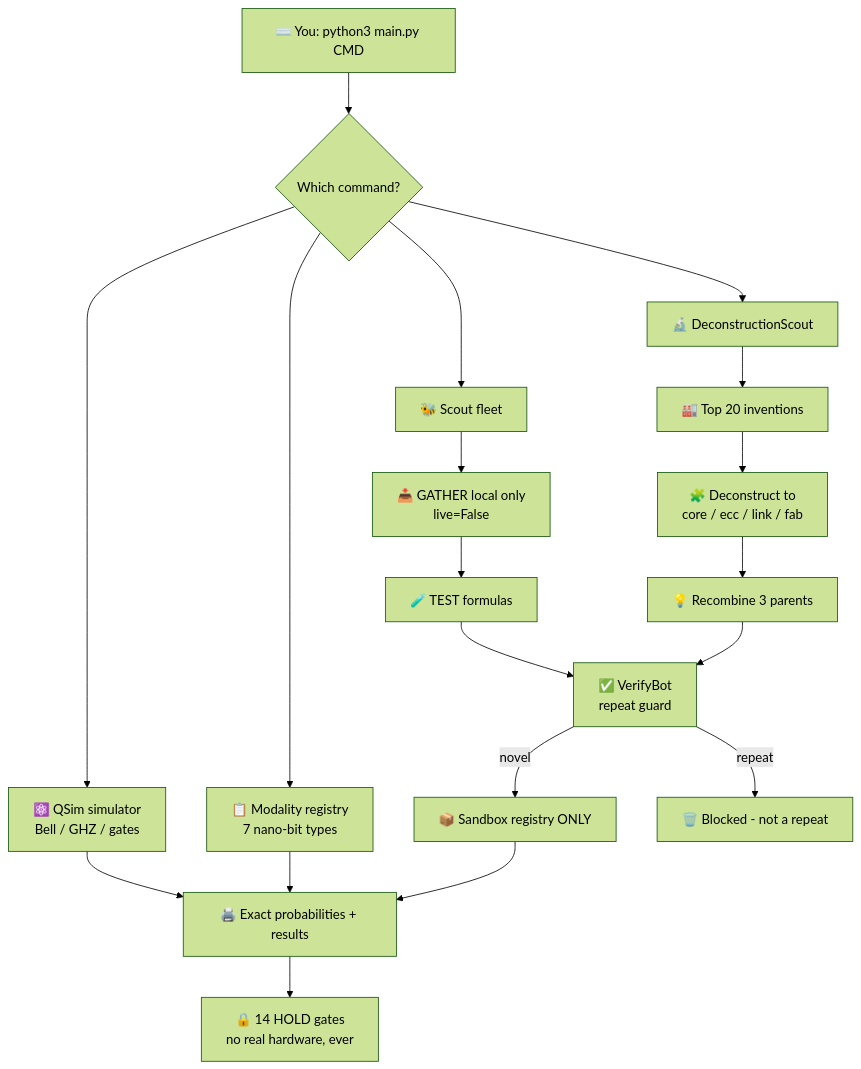
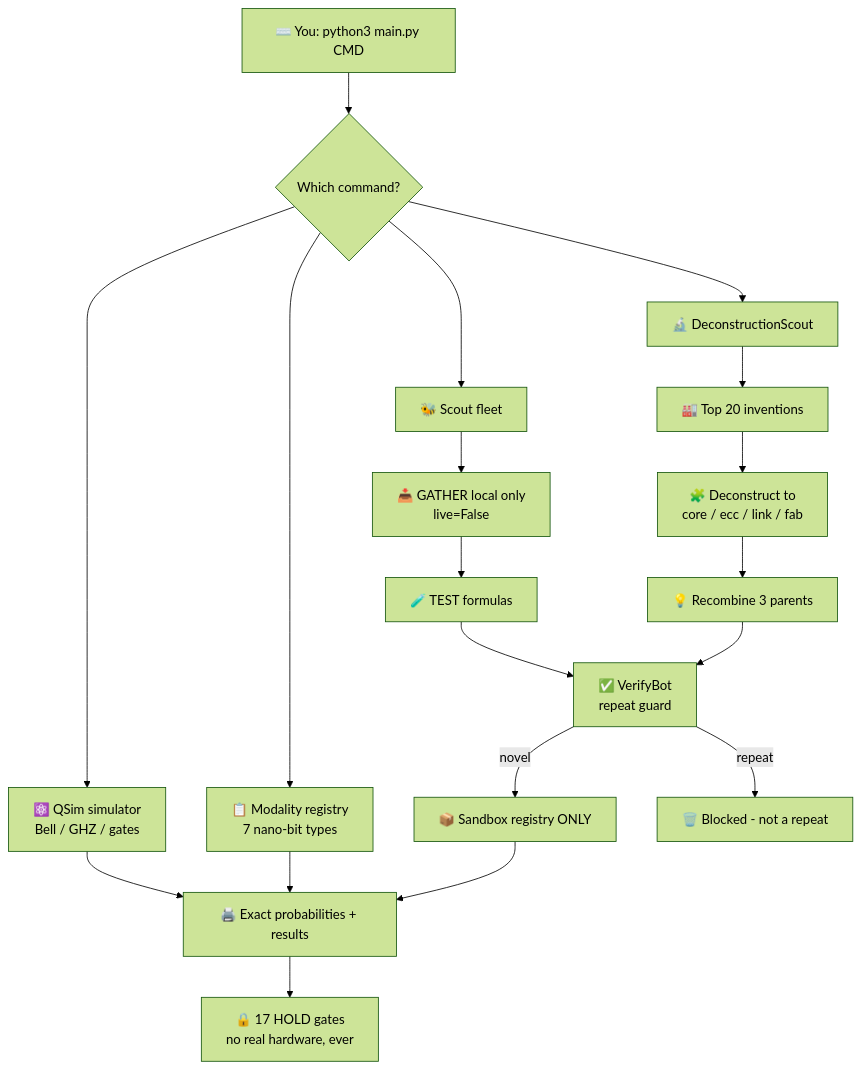
One commit to kimanicollier44-cmyk/NanoBits-Q changed the first of 7 diagrams in README.md. Above: the diagram before and after it, drawn with Mermaid (forest theme). The commit also changed other lines of this file and 2 other files, not shown here.

Commit message:
Merge Gemini Argon 4 Extended Thinking (Carbon 4 decider) + Google Flow (4 flows plan-only); HOLD gates 17

````diff
--- a/README.md
+++ b/README.md
@@ -237,21 +245,21 @@
 ```mermaid
 flowchart TD
     A["⌨️ You: python3 main.py CMD"] --> B{"Which command?"}
     B --> C["⚛️ QSim simulator<br/>Bell / GHZ / gates"]
     B --> D["📋 Modality registry<br/>7 nano-bit types"]
     B --> E["🐝 Scout fleet"]
     B --> F["🔬 DeconstructionScout"]
     C --> Z["🖨️ Exact probabilities + results"]
     D --> Z
     E --> G["📥 GATHER local only<br/>live=False"]
     G --> H["🧪 TEST formulas"]
     H --> I["✅ VerifyBot<br/>repeat guard"]
     I -->|novel| J["📦 Sandbox registry ONLY"]
     I -->|repeat| K["🗑️ Blocked - not a repeat"]
     F --> L["🏭 Top 20 inventions"]
     L --> M["🧩 Deconstruct to<br/>core / ecc / link / fab"]
     M --> N["💡 Recombine 3 parents"]
     N --> I
     J --> Z
-    Z --> O["🔒 14 HOLD gates<br/>no real hardware, ever"]
+    Z --> O["🔒 17 HOLD gates<br/>no real hardware, ever"]
 ```
````
